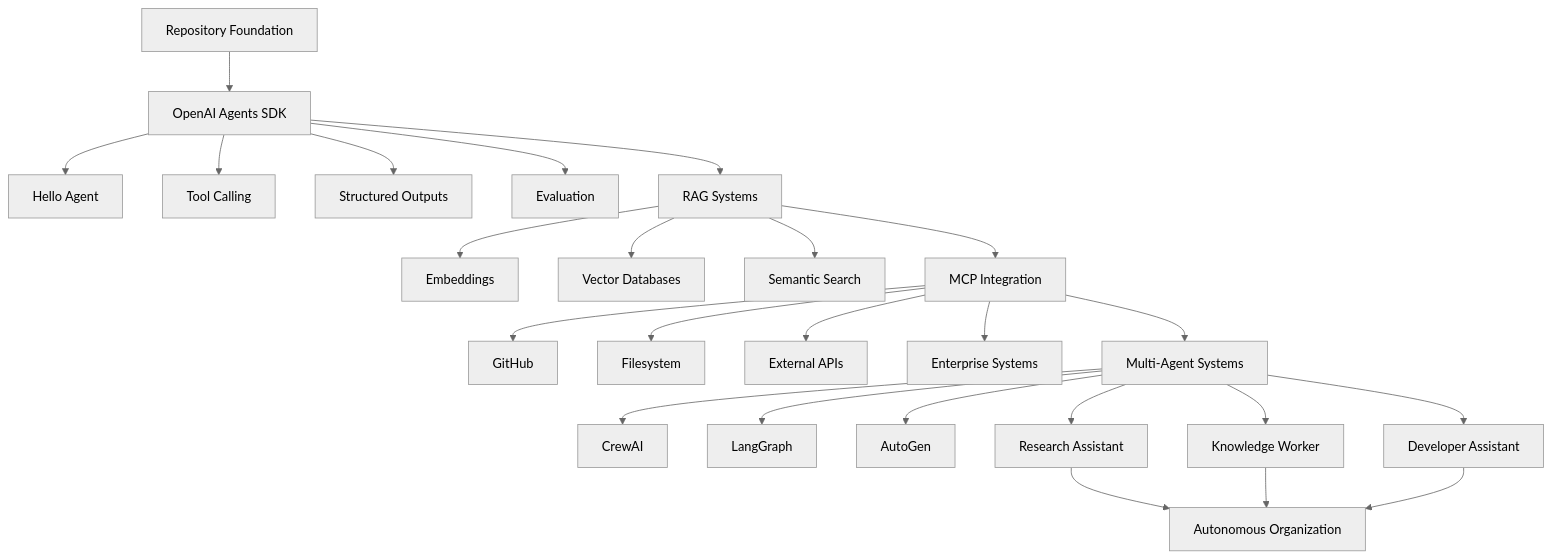
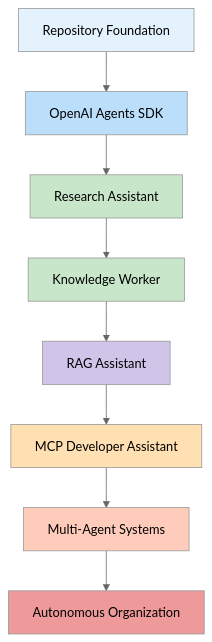
One commit to gtaltou/autonomous-ai-agents-hub changed the first of 9 diagrams in README.md. Above: the diagram before and after it, drawn with Mermaid (neutral theme). The commit also changed other lines of this file and 66 other files, not shown here.

First line of the commit message:
feat: complete RAG Assistant and repository modernization

````diff
--- a/README.md
+++ b/README.md
@@ -47,39 +85,28 @@
 ```mermaid
-flowchart TB
+flowchart TD
 
     A[Repository Foundation]
 
     A --> B[OpenAI Agents SDK]
 
-    B --> B1[Hello Agent]
-    B --> B2[Tool Calling]
-    B --> B3[Structured Outputs]
-    B --> B4[Evaluation]
+    B --> C[Research Assistant]
 
-    B --> C[RAG Systems]
+    C --> D[Knowledge Worker]
 
-    C --> C1[Embeddings]
-    C --> C2[Vector Databases]
-    C --> C3[Semantic Search]
+    D --> E[RAG Assistant]
 
-    C --> D[MCP Integration]
+    E --> F[MCP Developer Assistant]
 
-    D --> D1[GitHub]
-    D --> D2[Filesystem]
-    D --> D3[External APIs]
-    D --> D4[Enterprise Systems]
+    F --> G[Multi-Agent Systems]
 
-    D --> E[Multi-Agent Systems]
+    G --> H[Autonomous Organization]
 
-    E --> E1[CrewAI]
-    E --> E2[LangGraph]
-    E --> E3[AutoGen]
-
-    E --> F[Research Assistant]
-    E --> G[Knowledge Worker]
-    E --> H[Developer Assistant]
-
-    F --> I[Autonomous Organization]
-    G --> I
-    H --> I
+    style A fill:#E3F2FD
+    style B fill:#BBDEFB
+    style C fill:#C8E6C9
+    style D fill:#C8E6C9
+    style E fill:#D1C4E9
+    style F fill:#FFE0B2
+    style G fill:#FFCCBC
+    style H fill:#EF9A9A
 ```
````
